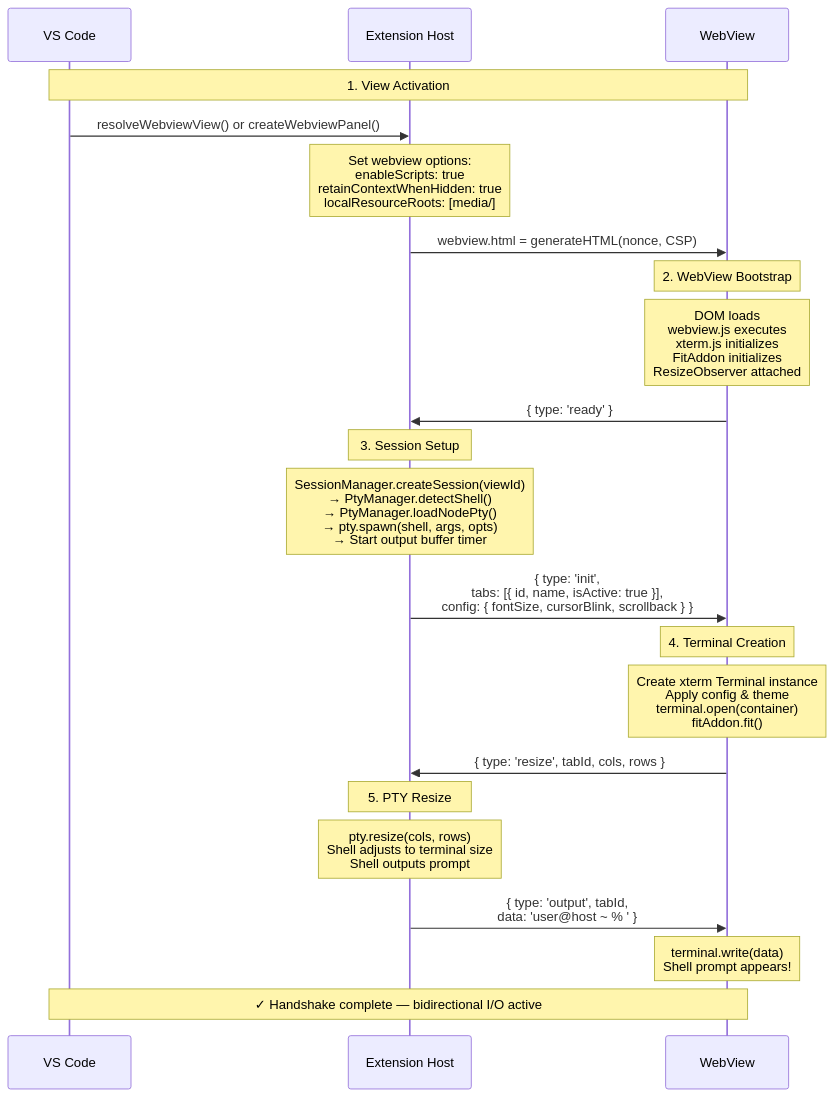
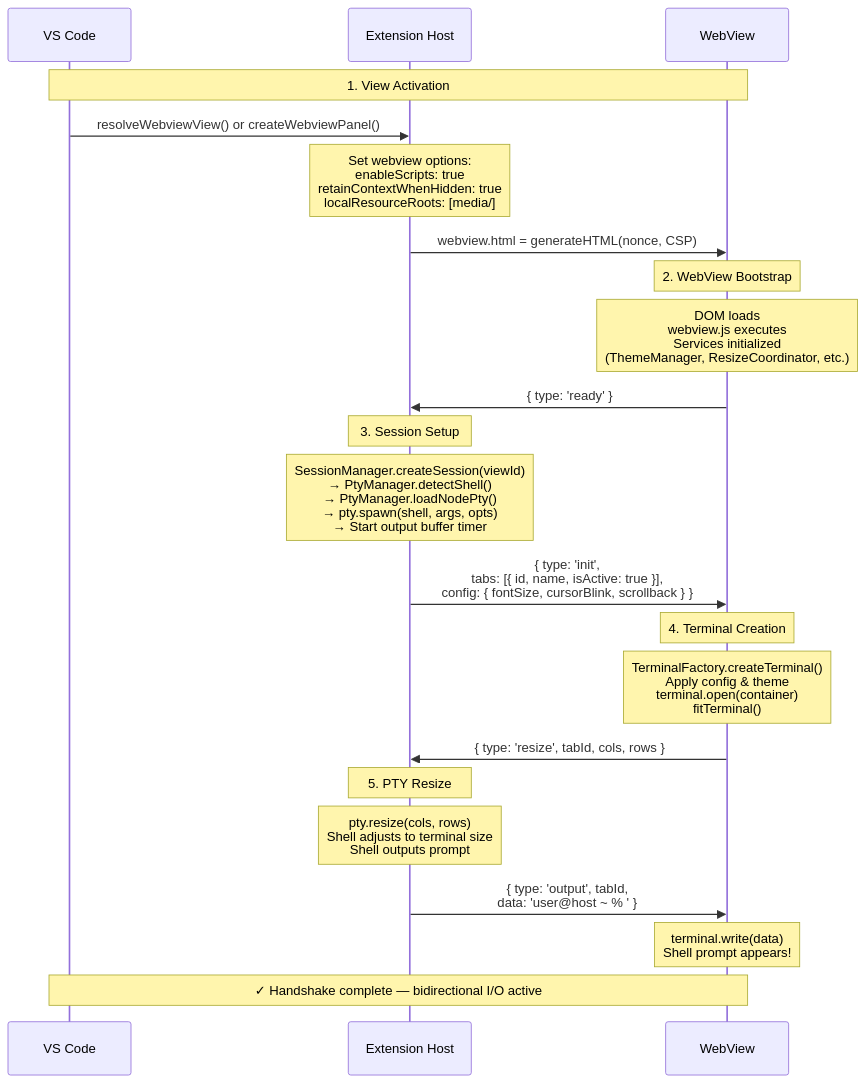
Before and after one commit to huybuidac/anywhere-terminal: the first of 7 diagrams in docs/design/message-protocol.md, drawn with Mermaid. The commit also changed other lines of this file and 46 other files, not shown here.

Commit message:
refactor: extract terminal factory, split renderer, and flow control into dedicated modules, reducing main.ts to a composition root, and add new webview tests.

````diff
--- a/docs/design/message-protocol.md
+++ b/docs/design/message-protocol.md
@@ -331,41 +412,41 @@
 ```mermaid
 sequenceDiagram
     participant VSCode as VS Code
     participant Ext as Extension Host
     participant WV as WebView
 
     Note over VSCode,WV: 1. View Activation
 
     VSCode->>Ext: resolveWebviewView() or createWebviewPanel()
     Note over Ext: Set webview options:<br/>enableScripts: true<br/>retainContextWhenHidden: true<br/>localResourceRoots: [media/]
 
     Ext->>WV: webview.html = generateHTML(nonce, CSP)
 
     Note over WV: 2. WebView Bootstrap
 
-    Note over WV: DOM loads<br/>webview.js executes<br/>xterm.js initializes<br/>FitAddon initializes<br/>ResizeObserver attached
+    Note over WV: DOM loads<br/>webview.js executes<br/>Services initialized<br/>(ThemeManager, ResizeCoordinator, etc.)
 
     WV->>Ext: { type: 'ready' }
 
     Note over Ext: 3. Session Setup
 
     Note over Ext: SessionManager.createSession(viewId)<br/>→ PtyManager.detectShell()<br/>→ PtyManager.loadNodePty()<br/>→ pty.spawn(shell, args, opts)<br/>→ Start output buffer timer
 
     Ext->>WV: { type: 'init',<br/>  tabs: [{ id, name, isActive: true }],<br/>  config: { fontSize, cursorBlink, scrollback } }
 
     Note over WV: 4. Terminal Creation
 
-    Note over WV: Create xterm Terminal instance<br/>Apply config & theme<br/>terminal.open(container)<br/>fitAddon.fit()
+    Note over WV: TerminalFactory.createTerminal()<br/>Apply config & theme<br/>terminal.open(container)<br/>fitTerminal()
 
     WV->>Ext: { type: 'resize', tabId, cols, rows }
 
     Note over Ext: 5. PTY Resize
 
     Note over Ext: pty.resize(cols, rows)<br/>Shell adjusts to terminal size<br/>Shell outputs prompt
 
     Ext->>WV: { type: 'output', tabId,<br/>  data: 'user@host ~ % ' }
 
     Note over WV: terminal.write(data)<br/>Shell prompt appears!
 
     Note over VSCode,WV: ✓ Handshake complete — bidirectional I/O active
 ```
````
